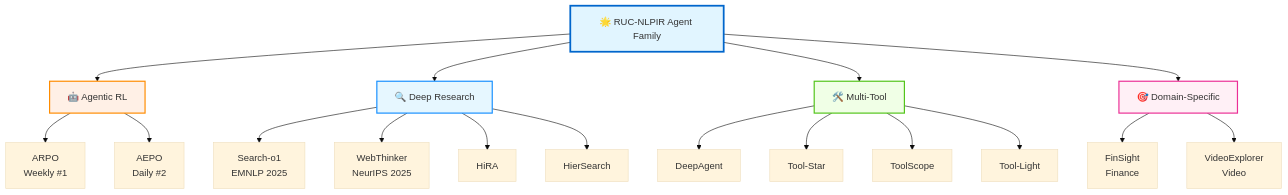
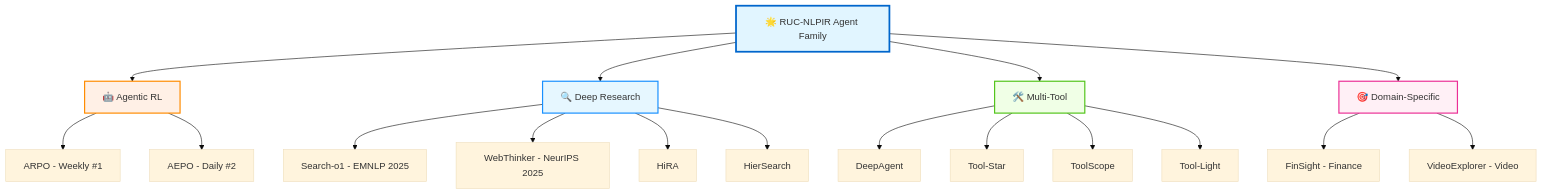
The diagram in README.md (RUC-NLPIR/AgentFamily), drawn with Mermaid (base theme) before and after one commit. The commit also changed other lines of this file, not shown here.

````diff
--- a/README.md
+++ b/README.md
@@ -314,29 +314,30 @@
 ```mermaid
-graph TB
-    A[🌟 RUC-NLPIR Agent Family] --> B[🤖 Agentic RL]
+graph TD
+    A[🌟 RUC-NLPIR Agent Family]
+    
+    A --> B[🤖 Agentic RL]
+    B --> B1[ARPO - Weekly #1]
+    B --> B2[AEPO - Daily #2]
+    
     A --> C[🔍 Deep Research]
-    A --> D[🛠️ Multi-Tool]
-    A --> E[🎯 Domain-Specific]
-    
-    B --> B1[ARPO<br/>Weekly #1]
-    B --> B2[AEPO<br/>Daily #2]
-    
-    C --> C1[Search-o1<br/>EMNLP 2025]
-    C --> C2[WebThinker<br/>NeurIPS 2025]
+    C --> C1[Search-o1 - EMNLP 2025]
+    C --> C2[WebThinker - NeurIPS 2025]
     C --> C3[HiRA]
     C --> C4[HierSearch]
     
+    A --> D[🛠️ Multi-Tool]
     D --> D1[DeepAgent]
     D --> D2[Tool-Star]
     D --> D3[ToolScope]
     D --> D4[Tool-Light]
     
-    E --> E1[FinSight<br/>Finance]
-    E --> E2[VideoExplorer<br/>Video]
+    A --> E[🎯 Domain-Specific]
+    E --> E1[FinSight - Finance]
+    E --> E2[VideoExplorer - Video]
     
     style A fill:#e1f5ff,stroke:#0066cc,stroke-width:3px
     style B fill:#fff0e6,stroke:#ff8c00,stroke-width:2px
     style C fill:#e6f7ff,stroke:#1890ff,stroke-width:2px
     style D fill:#f0ffe6,stroke:#52c41a,stroke-width:2px
     style E fill:#fff0f6,stroke:#eb2f96,stroke-width:2px
 ```
````
